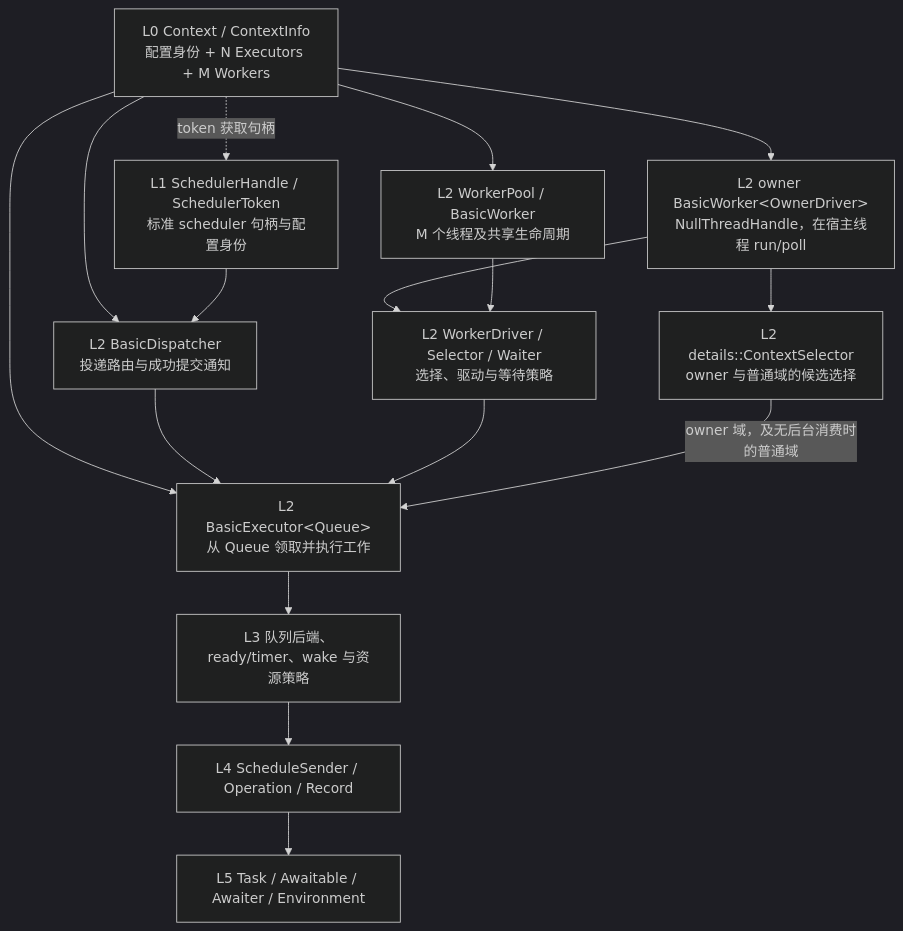
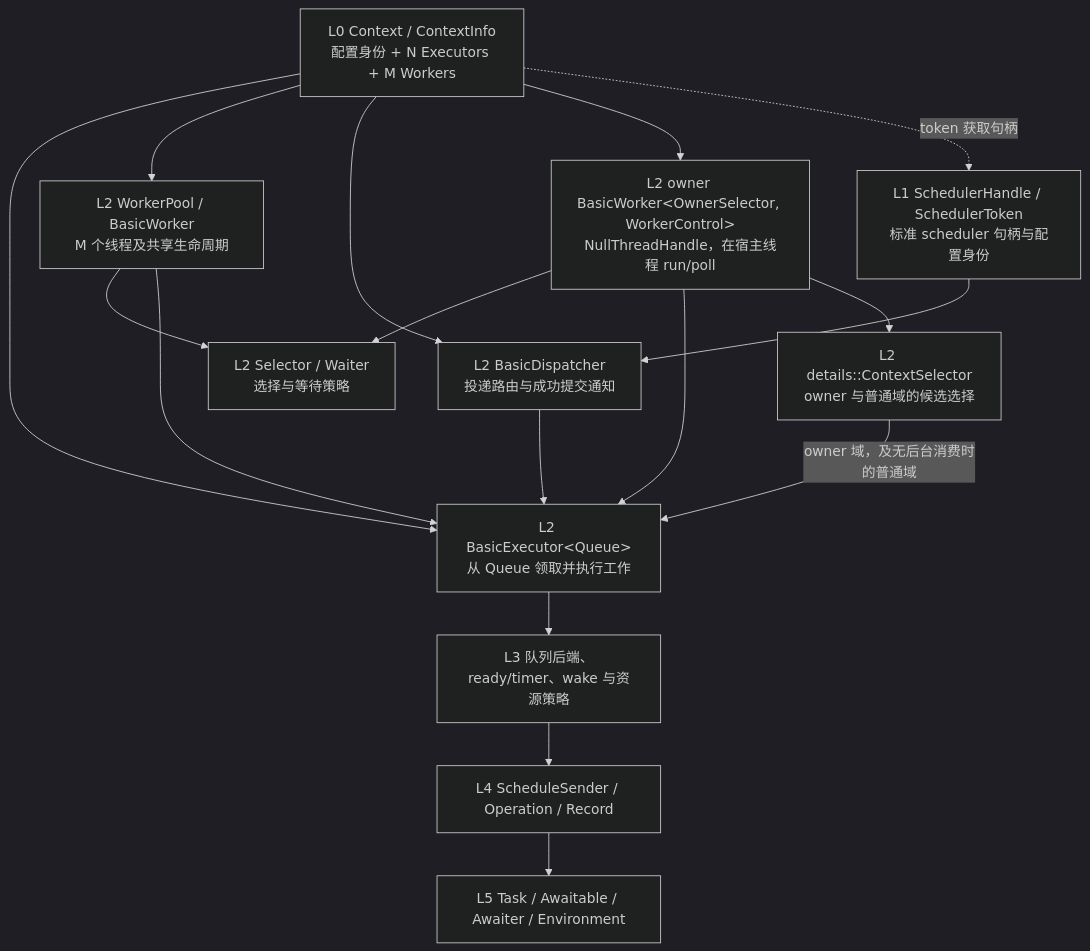
One commit to mmmmmcree/async changed the second of 4 diagrams in CORE_DESIGN.md. Above: the diagram before and after it, drawn with Mermaid (dark theme). The commit also changed other lines of this file and 11 other files, not shown here.

````diff
--- a/CORE_DESIGN.md
+++ b/CORE_DESIGN.md
@@ -177,29 +176,30 @@
 ```mermaid
 flowchart TB
     C["L0 Context / ContextInfo<br/>配置身份 + N Executors + M Workers"]
     S["L1 SchedulerHandle / SchedulerToken<br/>标准 scheduler 句柄与配置身份"]
     D["L2 BasicDispatcher<br/>投递路由与成功提交通知"]
     E["L2 BasicExecutor&lt;Queue&gt;<br/>从 Queue 领取并执行工作"]
     W["L2 WorkerPool / BasicWorker<br/>M 个线程及共享生命周期"]
-    WD["L2 WorkerDriver / Selector / Waiter<br/>选择、驱动与等待策略"]
-    H["L2 owner BasicWorker&lt;OwnerDriver&gt;<br/>NullThreadHandle，在宿主线程 run/poll"]
+    SW["L2 Selector / Waiter<br/>选择与等待策略"]
+    H["L2 owner BasicWorker&lt;OwnerSelector, WorkerControl&gt;<br/>NullThreadHandle，在宿主线程 run/poll"]
     CS["L2 details::ContextSelector<br/>owner 与普通域的候选选择"]
     P["L3 队列后端、ready/timer、wake 与资源策略"]
     O["L4 ScheduleSender / Operation / Record"]
     T["L5 Task / Awaitable / Awaiter / Environment"]
     C --> E
     C --> W
     C --> D
     C --> H
-    H --> WD
+    H --> SW
+    H --> E
     H --> CS
     C -.->|"token 获取句柄"| S
     S --> D
     D --> E
-    W --> WD
-    WD --> E
+    W --> SW
+    W --> E
     CS -->|"owner 域，及无后台消费时的普通域"| E
     E --> P
     P --> O
     O --> T
 ```
````
